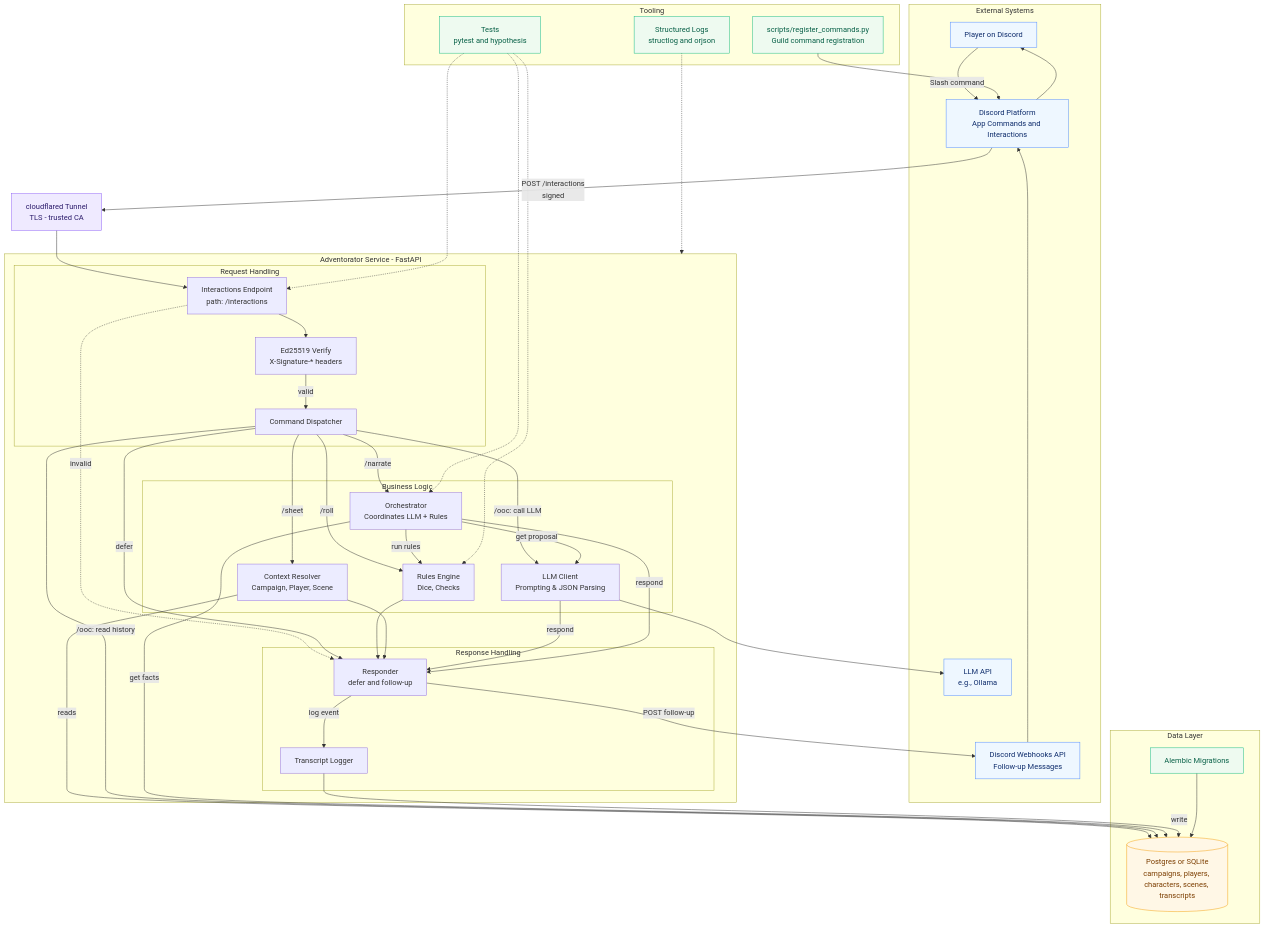
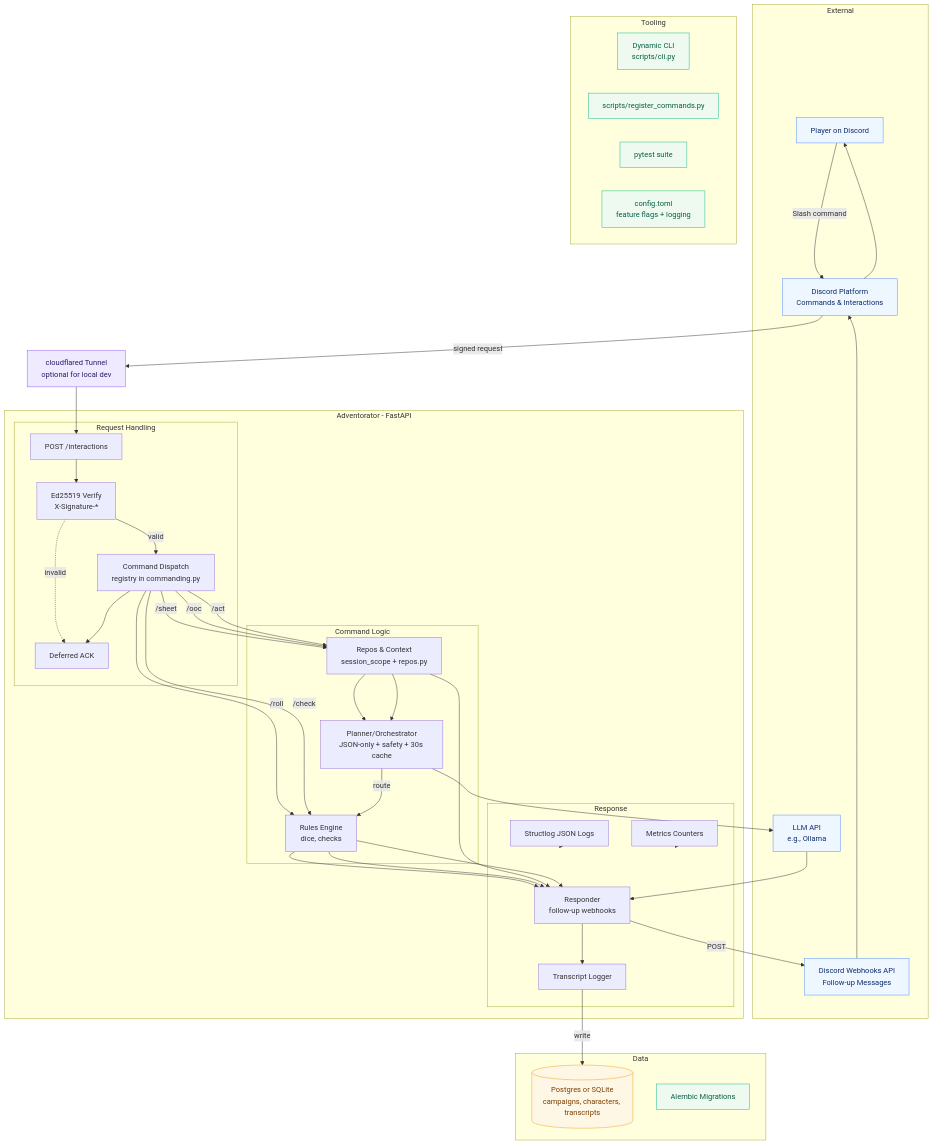
One commit to crashtestbrandt/Adventorator changed the first of 3 diagrams in README.md. Above: the diagram before and after it, drawn with Mermaid. The commit also changed other lines of this file, not shown here.

Commit message:
Diagrams in README

````diff
--- a/README.md
+++ b/README.md
@@ -55,91 +41,74 @@
 ```mermaid
 flowchart TD
   %% === External ===
-  subgraph EXTERNAL[External Systems]
+  subgraph EXTERNAL[External]
     U[Player on Discord]:::ext
-    DP[Discord Platform<br/>App Commands and Interactions]:::ext
+    DP[Discord Platform<br/>Commands & Interactions]:::ext
     WH[Discord Webhooks API<br/>Follow-up Messages]:::ext
     LLM[LLM API<br/>e.g., Ollama]:::ext
   end
 
   %% === Network Edge ===
-  CF[cloudflared Tunnel<br/>TLS - trusted CA]:::edge
+  CF[cloudflared Tunnel<br/>optional for local dev]:::edge
 
   %% === App ===
-  subgraph APP[Adventorator Service - FastAPI]
+  subgraph APP[Adventorator - FastAPI]
     subgraph REQUEST[Request Handling]
-      A[Interactions Endpoint<br/>path: /interactions]
-      SIG[Ed25519 Verify<br/>X-Signature-* headers]
-      DISP[Command Dispatcher]
+      A[POST /interactions]
+      SIG[Ed25519 Verify<br/>X-Signature-*]
+      DISP[Command Dispatch<br/>registry in commanding.py]
+  DEF[Deferred ACK]
     end
 
-    subgraph BUSINESS[Business Logic]
-      RULES[Rules Engine<br/>Dice, Checks]
-      CTX[Context Resolver<br/>Campaign, Player, Scene]
-      LLMC[LLM Client<br/>Prompting & JSON Parsing]
-      ORCH[Orchestrator<br/>Coordinates LLM + Rules]
+    subgraph BUSINESS[Command Logic]
+      RULES[Rules Engine<br/>dice, checks]
+      REPOS[Repos & Context<br/>session_scope + repos.py]
+      PLAN[Planner/Orchestrator<br/>JSON-only + safety + 30s cache]
     end
 
-    subgraph RESPONSE[Response Handling]
-      RESP[Responder<br/>defer and follow-up]
+    subgraph RESPONSE[Response]
+      RESP[Responder<br/>follow-up webhooks]
       TRANS[Transcript Logger]
+      MET[Metrics Counters]
+      LOGS[Structlog JSON Logs]
     end
   end
 
   %% === Data ===
-  subgraph DATA[Data Layer]
-    DB[(Postgres or SQLite<br/>campaigns, players, characters, scenes, transcripts)]:::data
+  subgraph DATA[Data]
+    DB[(Postgres or SQLite<br/>campaigns, characters, transcripts)]:::data
     MIG[Alembic Migrations]:::ops
   end
 
   %% === Tooling ===
   subgraph TOOLING[Tooling]
-    REG[scripts/register_commands.py<br/>Guild command registration]:::ops
-    LOG[Structured Logs<br/>structlog and orjson]:::ops
-    TEST[Tests<br/>pytest and hypothesis]:::ops
+    CLI[Dynamic CLI<br/>scripts/cli.py]:::ops
+    REG[scripts/register_commands.py]:::ops
+    TEST[pytest suite]:::ops
+    CFG[config.toml<br/>feature flags + logging]:::ops
   end
 
   %% === Ingress Flow ===
   U -->|Slash command| DP
-  DP -->|POST /interactions<br/>signed| CF
+  DP -->|signed request| CF
   CF --> A
   A --> SIG
   SIG -->|valid| DISP
-  A -.->|invalid| RESP
+  SIG -.->|invalid| DEF
+  DISP --> DEF
 
-  %% Phase 0: immediate defer
-  DISP -->|defer| RESP
+  %% === Command Paths (examples) ===
+  DISP -- "/roll" --> RULES --> RESP
+  DISP -- "/check" --> RULES --> RESP
+  DISP -- "/sheet" --> REPOS --> RESP
+  DISP -- "/ooc" --> REPOS --> PLAN --> LLM --> RESP
+  DISP -- "/act" --> REPOS --> PLAN -->|route| RULES --> RESP
 
-  %% === Command-Specific Flows ===
-  DISP -- "/roll" --> RULES
-  RULES --> RESP
-
-  DISP -- "/sheet" --> CTX
-  CTX -->|reads| DB
-  CTX --> RESP
-
-  DISP -- "/ooc: read history" --> DB
-  DISP -- "/ooc: call LLM" --> LLMC
-  LLMC --> LLM
-  LLMC -- "respond" --> RESP
-
-  DISP -- "/narrate" --> ORCH
-  ORCH -- "get facts" --> DB
-  ORCH -- "get proposal" --> LLMC
-  ORCH -- "run rules" --> RULES
-  ORCH -- "respond" --> RESP
-
-  %% === Egress & Logging (for all command flows) ===
-  RESP -- "log event" --> TRANS
-  TRANS -->|write| DB
-  RESP -->|POST follow-up| WH
-  WH --> DP --> U
-
-  %% === Tooling Edges ===
-  REG --> DP
-  MIG --> DB
-  TEST -.-> RULES & ORCH & A
-  LOG -.-> APP
+  %% === Egress ===
+  RESP --> TRANS -->|write| DB
+  RESP -->|POST| WH --> DP --> U
+  LOGS -.-> APP
+  MET -.-> APP
 
   %% === Styles ===
   classDef ext  fill:#eef7ff,stroke:#4e89ff,stroke-width:1px,color:#0d2b6b
````
